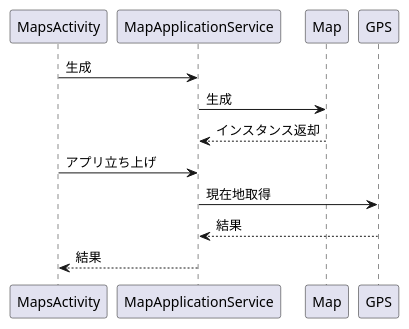
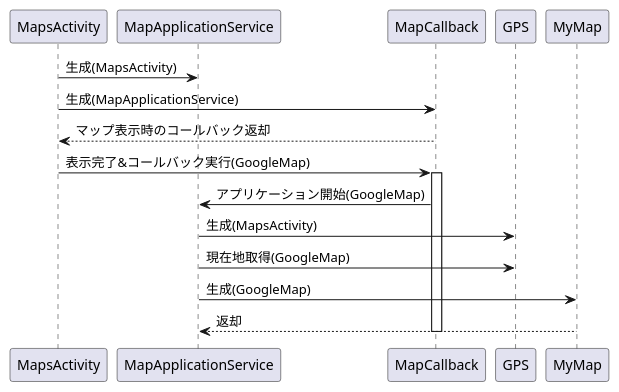
Before and after one commit to chamberskaz0301/Walky_BackUp: the diagram in docs/dev/Feature/F02/001/sequence-diagram.pu, drawn with PlantUML. The commit also changed 4 other files, not shown here.

```diff
--- a/docs/dev/Feature/F02/001/sequence-diagram.pu
+++ b/docs/dev/Feature/F02/001/sequence-diagram.pu
@@ -1,15 +1,19 @@
 @startuml
 
-MapsActivity -> MapApplicationService: 生成
-MapApplicationService -> Map: 生成
-Map --> MapApplicationService: インスタンス返却
+MapsActivity -> MapApplicationService: 生成(MapsActivity)
+MapsActivity -> MapCallback: 生成(MapApplicationService)
+MapCallback --> MapsActivity: マップ表示時のコールバック返却
 
-MapsActivity -> MapApplicationService: アプリ立ち上げ
-MapApplicationService -> GPS: 現在地取得
-' GPS -> Location: 位置情報生成
-' Location --> GPS: 位置情報返却
-' GPS --> MapApplicationService: 位置情報返却
-GPS --> MapApplicationService: 結果
-MapApplicationService --> MapsActivity: 結果
+MapsActivity -> MapCallback: 表示完了&コールバック実行(GoogleMap)
+
+activate MapCallback
+
+MapCallback -> MapApplicationService: アプリケーション開始(GoogleMap)
+MapApplicationService -> GPS: 生成(MapsActivity)
+MapApplicationService -> GPS: 現在地取得(GoogleMap)
+MapApplicationService -> MyMap: 生成(GoogleMap)
+MyMap --> MapApplicationService: 返却
+
+deactivate MapCallback
 
 @enduml
```
